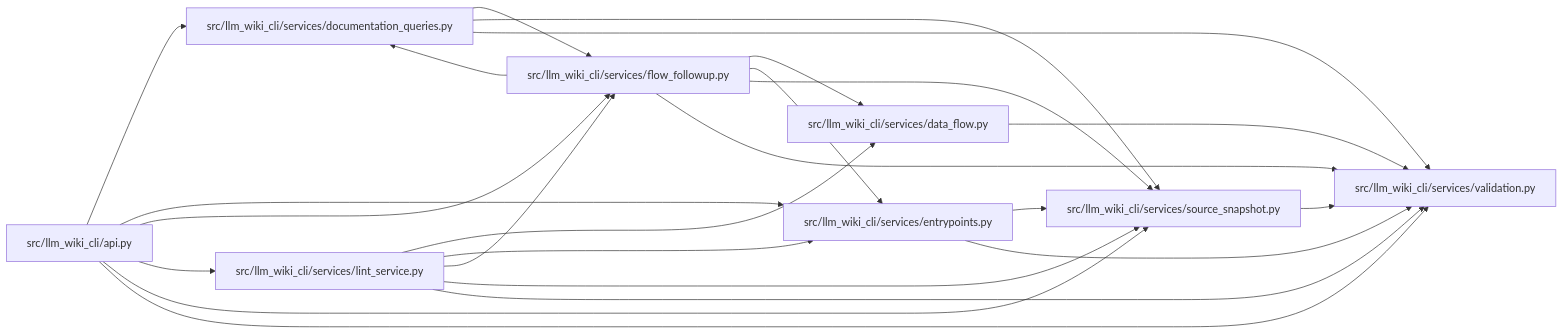
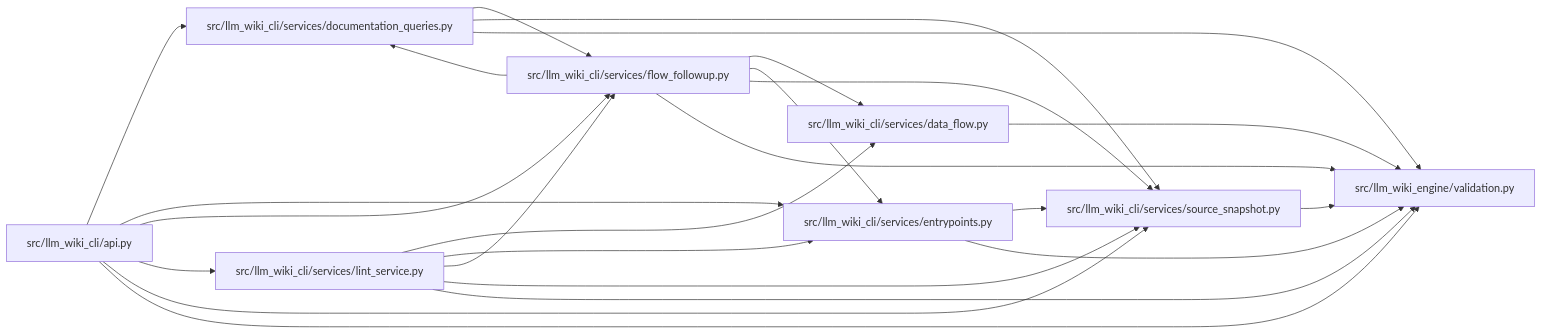
One commit to Denissvgn/python-wiki-llm changed the diagram in docs/llm_wiki/modules/flow_followup.md. Above: the diagram before and after it, drawn with Mermaid. The commit also changed other lines of this file and 1103 other files, not shown here.

First line of the commit message:
docs: refresh the wiki for the llm-wiki-engine distribution

````diff
--- a/docs/llm_wiki/modules/flow_followup.md
+++ b/docs/llm_wiki/modules/flow_followup.md
@@ -32,42 +32,42 @@
 ```mermaid
 flowchart LR
     n0["src/llm_wiki_cli/api.py"]
     n1["src/llm_wiki_cli/services/data_flow.py"]
     n2["src/llm_wiki_cli/services/documentation_queries.py"]
     n3["src/llm_wiki_cli/services/entrypoints.py"]
     n4["src/llm_wiki_cli/services/flow_followup.py"]
     n5["src/llm_wiki_cli/services/lint_service.py"]
     n6["src/llm_wiki_cli/services/source_snapshot.py"]
-    n7["src/llm_wiki_cli/services/validation.py"]
+    n7["src/llm_wiki_engine/validation.py"]
     n0 --> n2
     n0 --> n3
     n0 --> n4
     n0 --> n5
     n0 --> n6
     n0 --> n7
     n1 --> n7
     n2 --> n4
     n2 --> n6
     n2 --> n7
     n3 --> n6
     n3 --> n7
     n4 --> n1
     n4 --> n2
     n4 --> n3
     n4 --> n6
     n4 --> n7
     n5 --> n1
     n5 --> n3
     n5 --> n4
     n5 --> n6
     n5 --> n7
     n6 --> n7
     click n0 "../modules/api.md"
     click n1 "../modules/data_flow.md"
     click n2 "../modules/documentation_queries.md"
     click n3 "../modules/entrypoints.md"
     click n4 "../modules/flow_followup.md"
     click n5 "../modules/lint_service.md"
     click n6 "../modules/source_snapshot.md"
     click n7 "../modules/validation.md"
 ```
````
